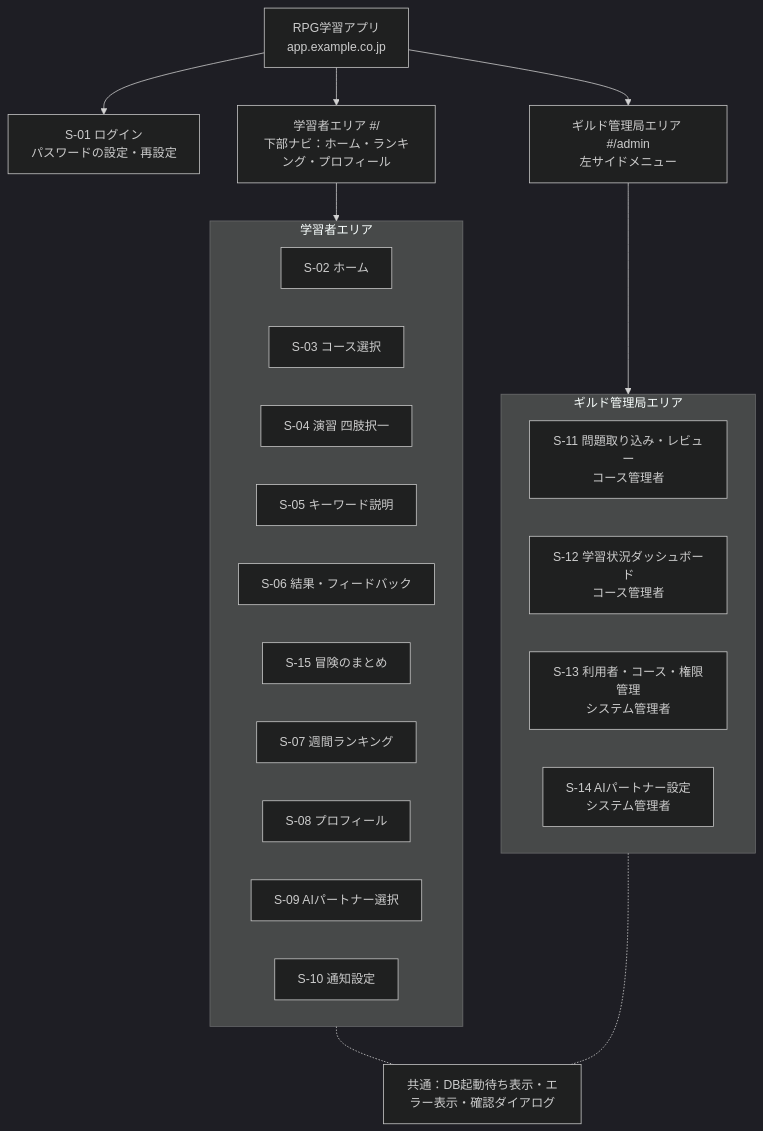
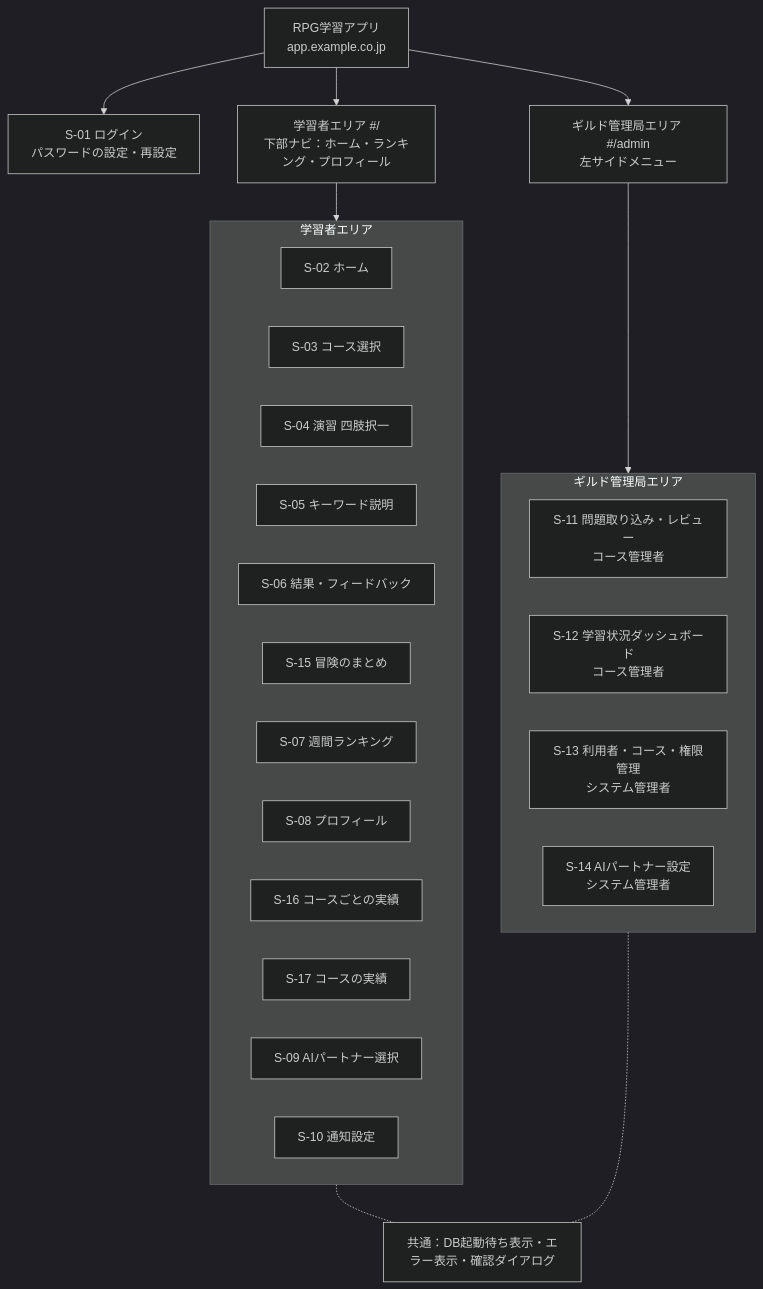
The fourth of 16 diagrams in documents/外部設計書_RPG学習アプリ.md (pocarialice/rpglearning), drawn with Mermaid (dark theme) before and after one commit. The commit also changed other lines of this file and 22 other files, not shown here.

````diff
--- a/documents/外部設計書_RPG学習アプリ.md
+++ b/documents/外部設計書_RPG学習アプリ.md
@@ -290,30 +292,32 @@
 ```mermaid
 flowchart TB
   ROOT["RPG学習アプリ<br>app.example.co.jp"]
   ROOT --> AUTH["S-01 ログイン<br>パスワードの設定・再設定"]
   ROOT --> L["学習者エリア #/<br>下部ナビ：ホーム・ランキング・プロフィール"]
   ROOT --> A["ギルド管理局エリア #/admin<br>左サイドメニュー"]
   subgraph LEARN["学習者エリア"]
     S02["S-02 ホーム"]
     S03["S-03 コース選択"]
     S04["S-04 演習 四肢択一"]
     S05["S-05 キーワード説明"]
     S06["S-06 結果・フィードバック"]
     S15["S-15 冒険のまとめ"]
     S07["S-07 週間ランキング"]
     S08["S-08 プロフィール"]
+    S16["S-16 コースごとの実績"]
+    S17["S-17 コースの実績"]
     S09["S-09 AIパートナー選択"]
     S10["S-10 通知設定"]
   end
   subgraph ADMIN["ギルド管理局エリア"]
     S11["S-11 問題取り込み・レビュー<br>コース管理者"]
     S12["S-12 学習状況ダッシュボード<br>コース管理者"]
     S13["S-13 利用者・コース・権限管理<br>システム管理者"]
     S14["S-14 AIパートナー設定<br>システム管理者"]
   end
   L --> LEARN
   A --> ADMIN
   COMMON["共通：DB起動待ち表示・エラー表示・確認ダイアログ"]
   LEARN -.- COMMON
   ADMIN -.- COMMON
 ```
````
